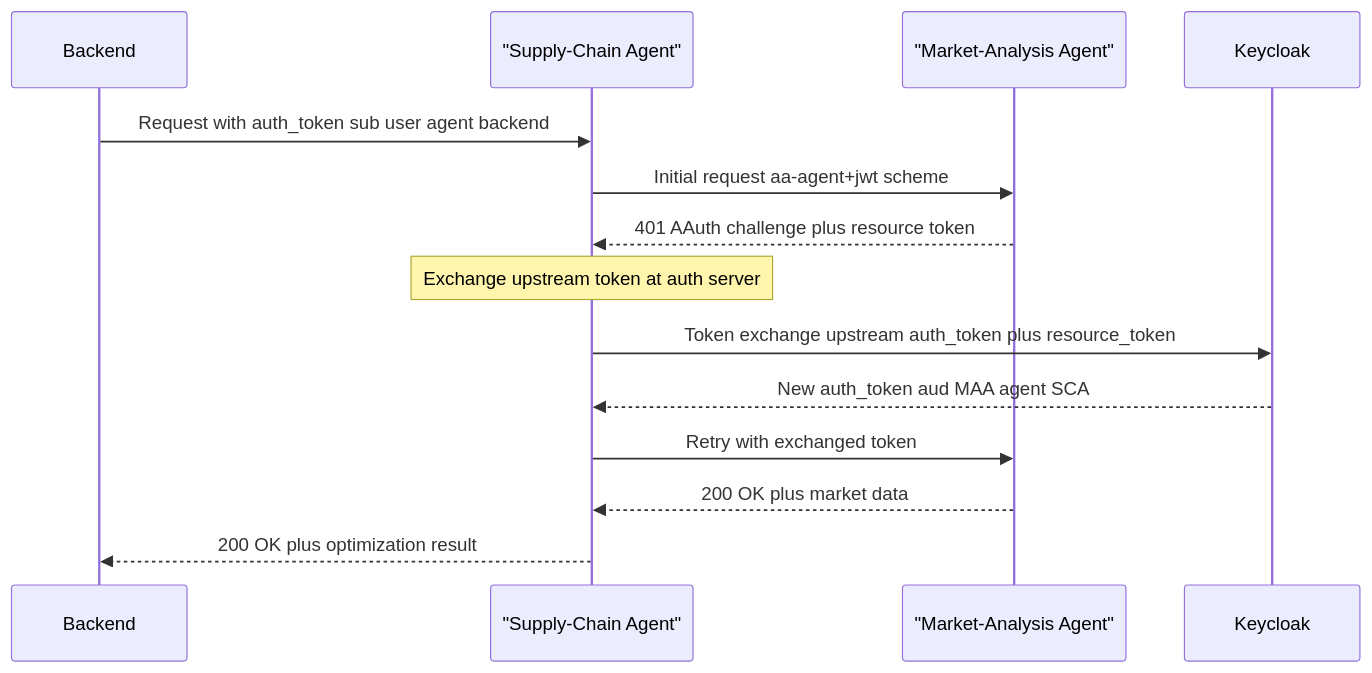
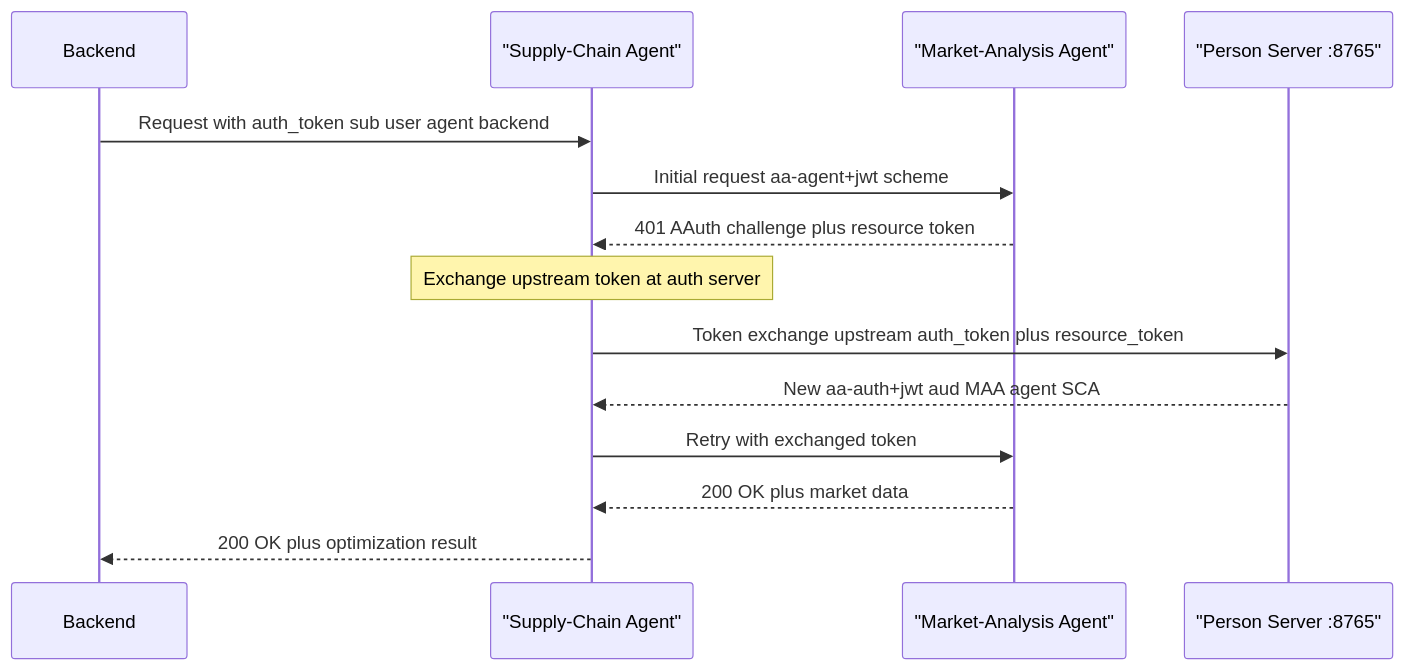
One commit to christian-posta/aauth-full-demo changed the diagram in docs/agent-token-exchange.md. Above: the diagram before and after it, drawn with Mermaid. The commit also changed other lines of this file and 88 other files, not shown here.

````diff
--- a/docs/agent-token-exchange.md
+++ b/docs/agent-token-exchange.md
@@ -23,19 +24,19 @@
 ```mermaid
 sequenceDiagram
     participant BE as Backend
     participant SCA as "Supply-Chain Agent"
     participant MAA as "Market-Analysis Agent"
-    participant KC as Keycloak
+    participant PS as "Person Server :8765"
 
     BE->>SCA: Request with auth_token sub user agent backend
     SCA->>MAA: Initial request aa-agent+jwt scheme
     MAA-->>SCA: 401 AAuth challenge plus resource token
     
     Note over SCA: Exchange upstream token at auth server
-    SCA->>KC: Token exchange upstream auth_token plus resource_token
-    KC-->>SCA: New auth_token aud MAA agent SCA
+    SCA->>PS: Token exchange upstream auth_token plus resource_token
+    PS-->>SCA: New aa-auth+jwt aud MAA agent SCA
     
     SCA->>MAA: Retry with exchanged token
     MAA-->>SCA: 200 OK plus market data
     SCA-->>BE: 200 OK plus optimization result
 ```
````
